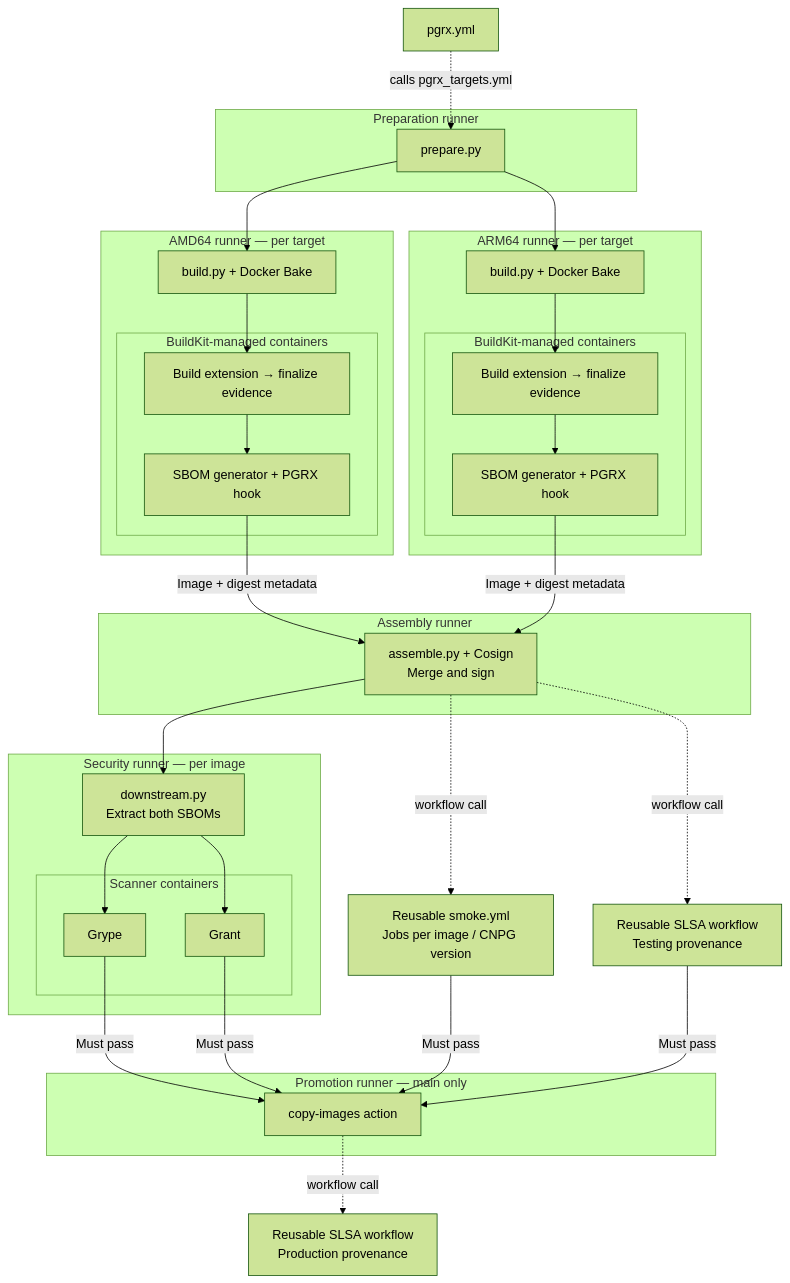
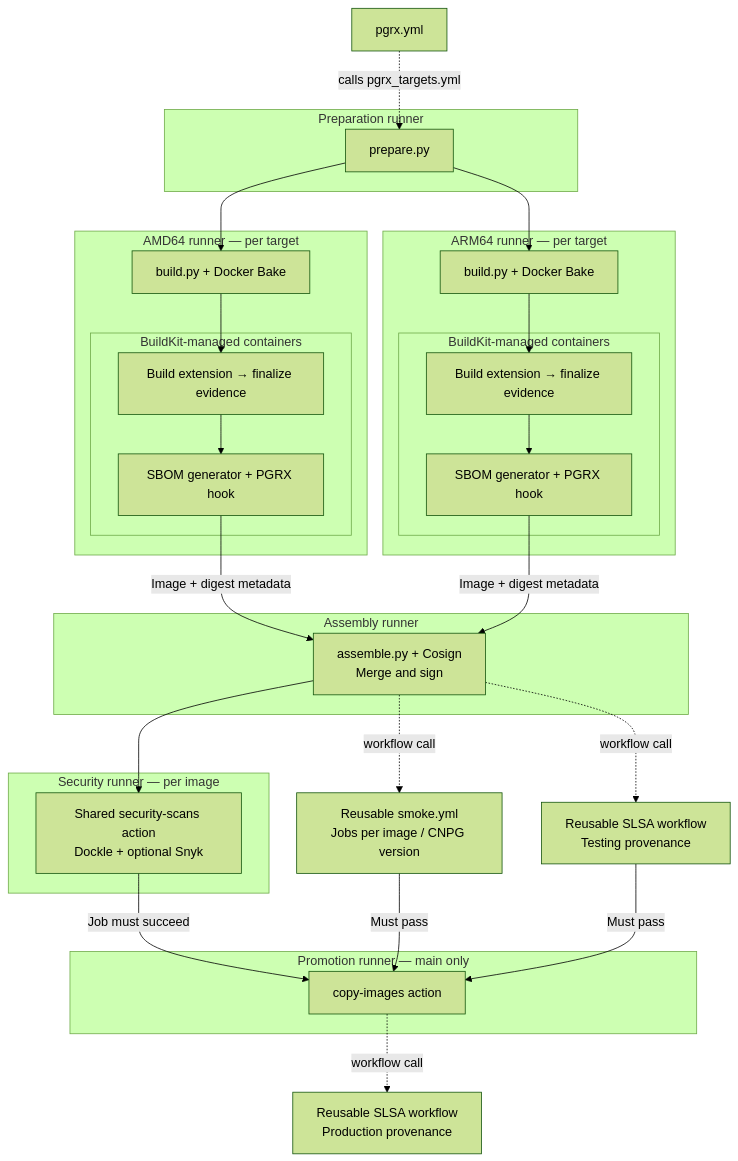
Before and after one commit to cnpg-extensions/postgres-extensions-containers: the diagram in pgrx/README.md, drawn with Mermaid (forest theme). The commit also changed other lines of this file and 4 other files, not shown here.

````diff
--- a/pgrx/README.md
+++ b/pgrx/README.md
@@ -61,64 +61,57 @@
 ```mermaid
 flowchart TD
     Entry["pgrx.yml"] -. "calls pgrx_targets.yml" .-> Prepare
 
     subgraph PrepRunner["Preparation runner"]
         Prepare["prepare.py"]
     end
 
     subgraph AMD["AMD64 runner — per target"]
         AB["build.py + Docker Bake"]
         subgraph AC["BuildKit-managed containers"]
             AX["Build extension → finalize evidence"]
             AG["SBOM generator + PGRX hook"]
             AX --> AG
         end
         AB --> AX
     end
 
     subgraph ARM["ARM64 runner — per target"]
         RB["build.py + Docker Bake"]
         subgraph RC["BuildKit-managed containers"]
             RX["Build extension → finalize evidence"]
             RG["SBOM generator + PGRX hook"]
             RX --> RG
         end
         RB --> RX
     end
 
     subgraph Assembly["Assembly runner"]
         Assemble["assemble.py + Cosign<br/>Merge and sign"]
     end
 
     subgraph Security["Security runner — per image"]
-        Scan["downstream.py<br/>Extract both SBOMs"]
-        subgraph Scanners["Scanner containers"]
-            Grype["Grype"]
-            Grant["Grant"]
-        end
-        Scan --> Grype
-        Scan --> Grant
+        Scan["Shared security-scans action<br/>Dockle + optional Snyk"]
     end
 
     Smoke["Reusable smoke.yml<br/>Jobs per image / CNPG version"]
     SLSA["Reusable SLSA workflow<br/>Testing provenance"]
 
     subgraph Promotion["Promotion runner — main only"]
         Promote["copy-images action"]
     end
 
     ProdSLSA["Reusable SLSA workflow<br/>Production provenance"]
 
     Prepare --> AB
     Prepare --> RB
     AG -->|"Image + digest metadata"| Assemble
     RG -->|"Image + digest metadata"| Assemble
     Assemble --> Scan
     Assemble -. "workflow call" .-> Smoke
     Assemble -. "workflow call" .-> SLSA
-    Grype -->|"Must pass"| Promote
-    Grant -->|"Must pass"| Promote
+    Scan -->|"Job must succeed"| Promote
     Smoke -->|"Must pass"| Promote
     SLSA -->|"Must pass"| Promote
     Promote -. "workflow call" .-> ProdSLSA
 ```
````
